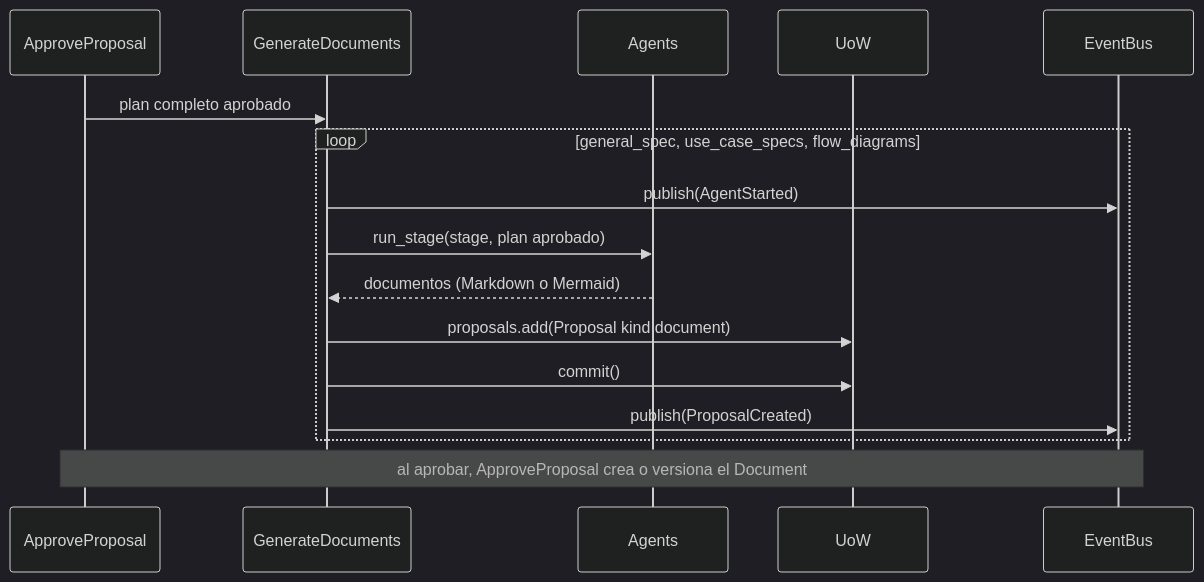
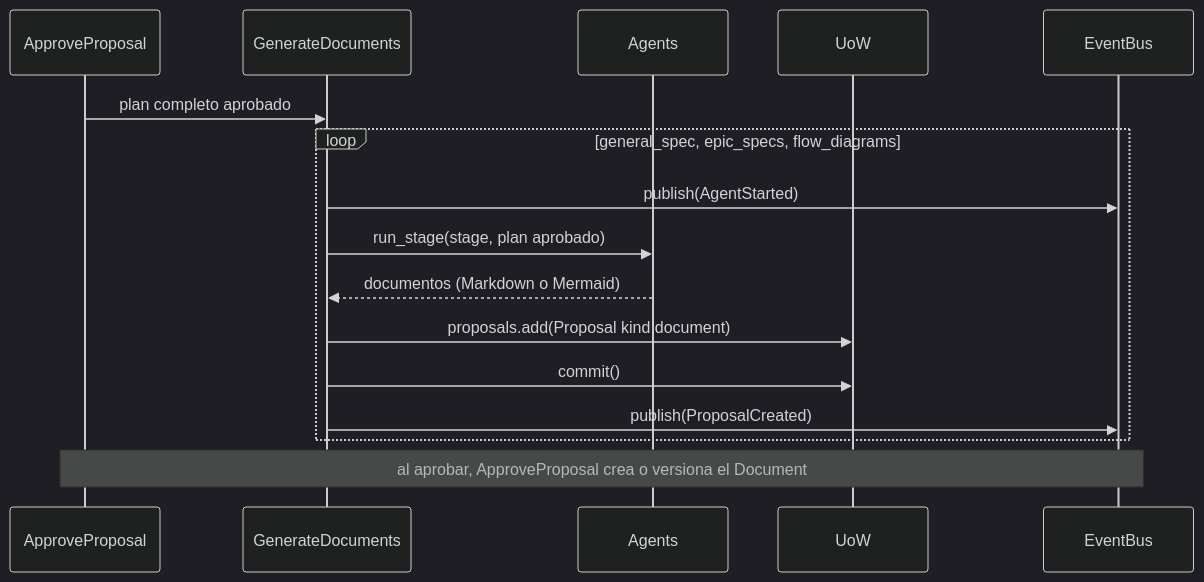
One commit to Mitchz01/TransparencIA changed diagram 12 of 18 in plan/use-cases.md. Above: the diagram before and after it, drawn with Mermaid (dark theme). The commit also changed other lines of this file and 2 other files, not shown here.

First line of the commit message:
Address sandredev's review on specs 002 and 008

````diff
--- a/plan/use-cases.md
+++ b/plan/use-cases.md
@@ -390,19 +390,19 @@
 ```mermaid
 sequenceDiagram
     participant AP as ApproveProposal
     participant UC as GenerateDocuments
     participant AG as Agents
     participant UoW
     participant Bus as EventBus
 
     AP->>UC: plan completo aprobado
-    loop general_spec, use_case_specs, flow_diagrams
+    loop general_spec, epic_specs, flow_diagrams
         UC->>Bus: publish(AgentStarted)
         UC->>AG: run_stage(stage, plan aprobado)
         AG-->>UC: documentos (Markdown o Mermaid)
         UC->>UoW: proposals.add(Proposal kind document)
         UC->>UoW: commit()
         UC->>Bus: publish(ProposalCreated)
     end
     Note over AP,Bus: al aprobar, ApproveProposal crea o versiona el Document
 ```
````
